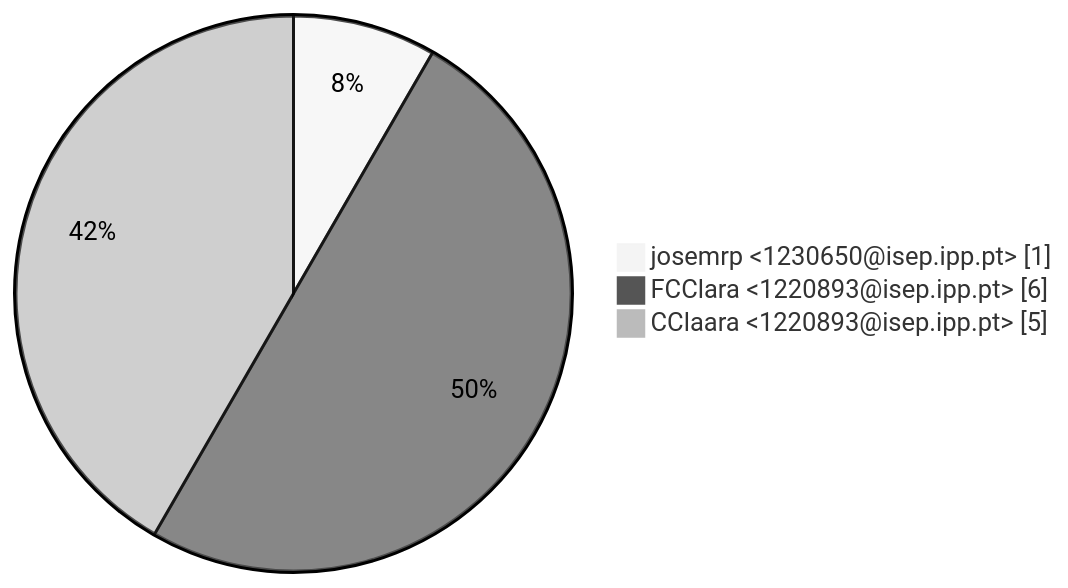
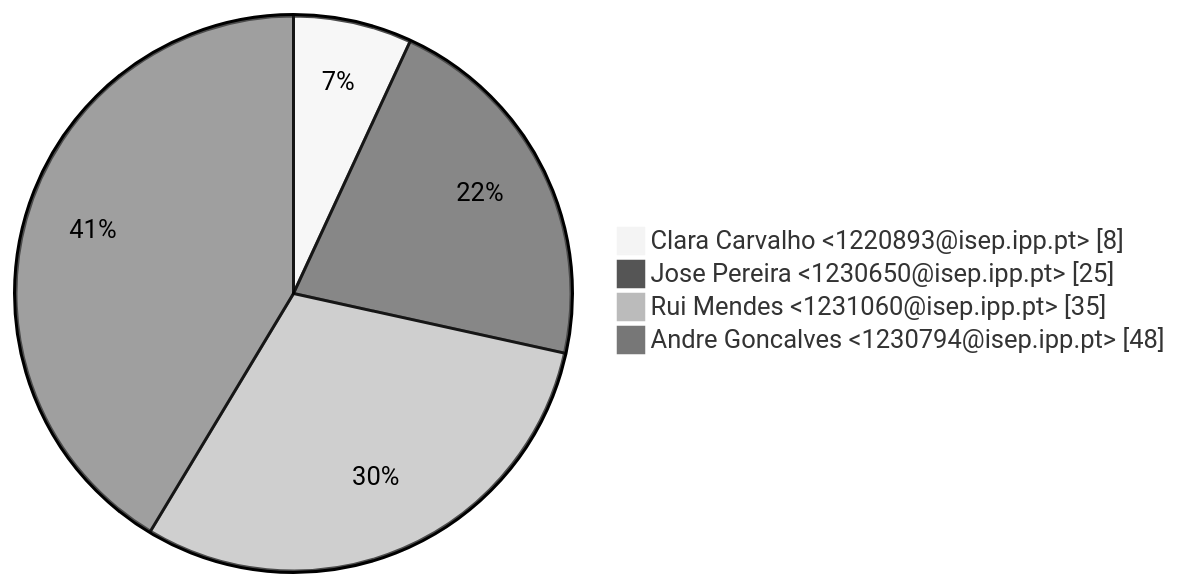
Before and after one commit to RacoonOverFlow/LSIS1_Grupo4: the third of 3 diagrams in GitAnalysis/Sprint_1/Contributions.md, drawn with Mermaid (neutral theme). The commit also changed other lines of this file and 1 other file, not shown here.

````diff
--- a/GitAnalysis/Sprint_1/Contributions.md
+++ b/GitAnalysis/Sprint_1/Contributions.md
@@ -25,6 +28,7 @@
 ```mermaid
 pie showData
-    " josemrp <1230650@isep.ipp.pt>" : 1
-    " FCClara <1220893@isep.ipp.pt>" : 6
-    " CClaara <1220893@isep.ipp.pt>" : 5
+    " Clara Carvalho <1220893@isep.ipp.pt>" : 8
+    " Jose Pereira <1230650@isep.ipp.pt>" : 25
+    " Rui Mendes <1231060@isep.ipp.pt>" : 35
+    " Andre Goncalves <1230794@isep.ipp.pt>" : 48
 ```
````
